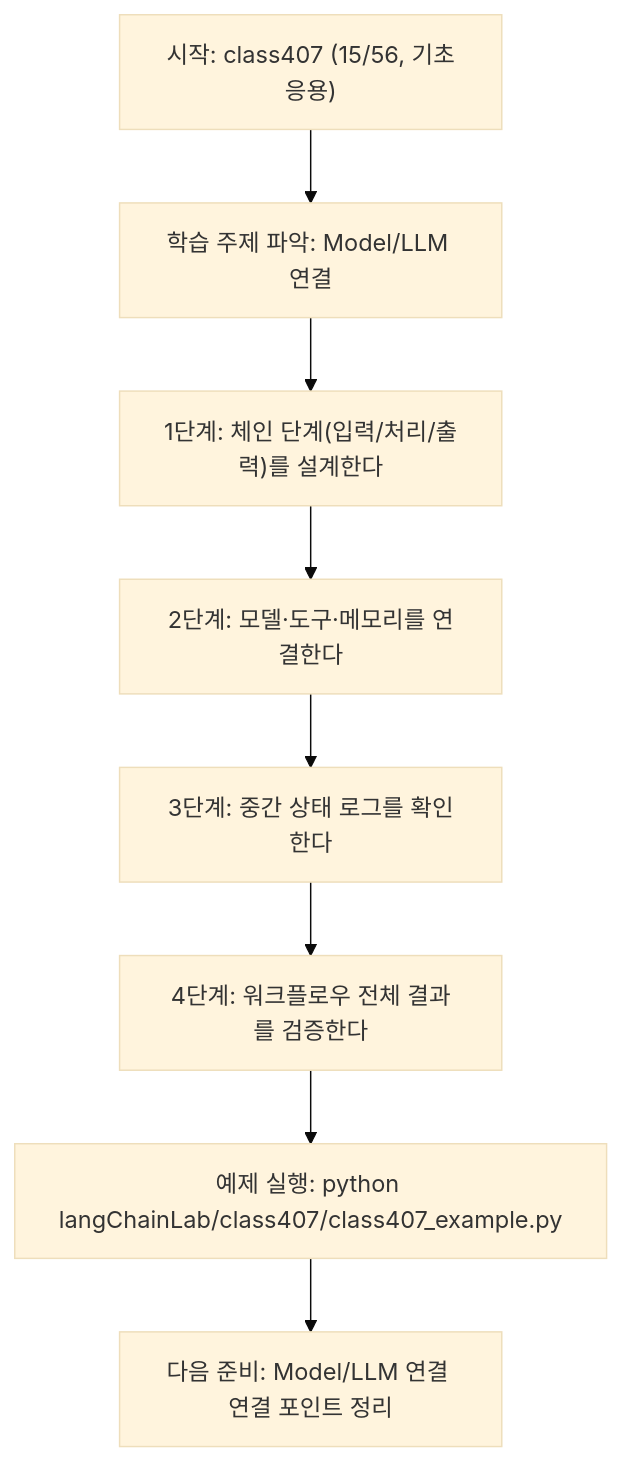
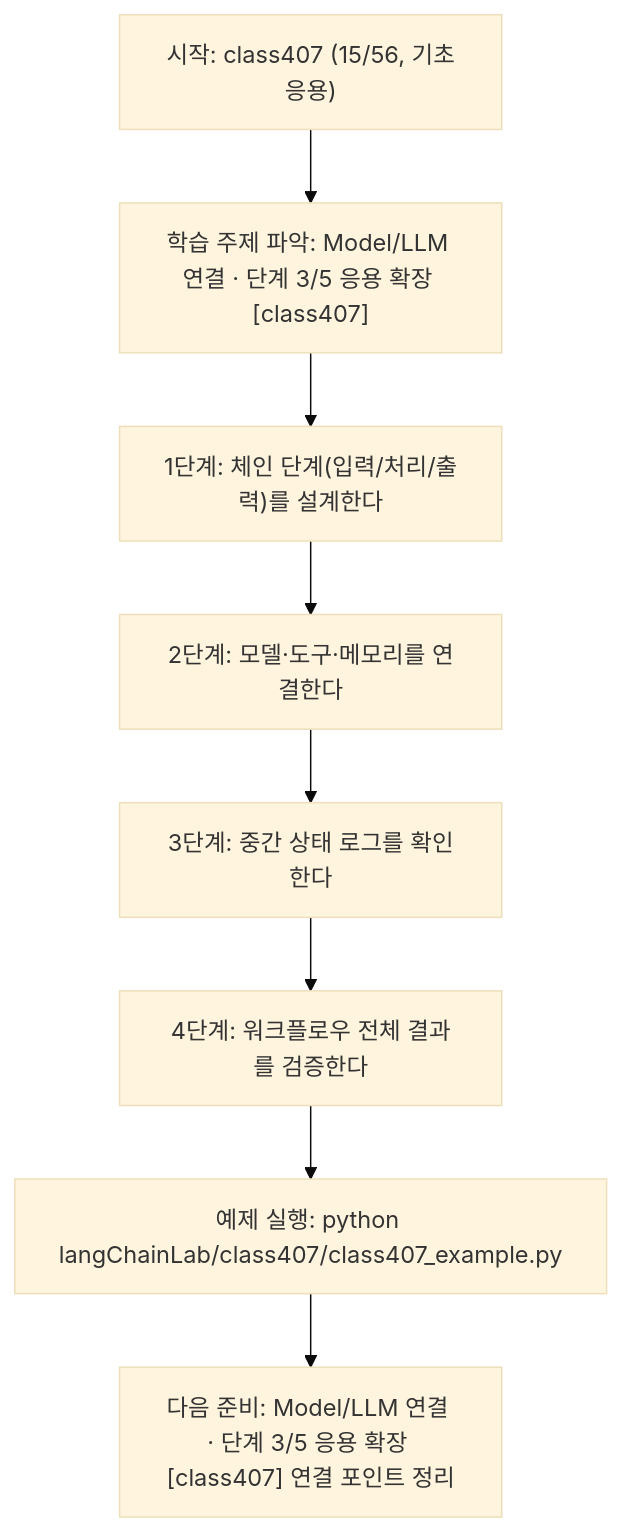
The diagram in langChainLab/class407/class407.md (edumgt/Python-AI_Agent-Class), drawn with Mermaid (base theme) before and after one commit. The commit also changed other lines of this file and 522 other files, not shown here.

````diff
--- a/langChainLab/class407/class407.md
+++ b/langChainLab/class407/class407.md
@@ -109,18 +110,18 @@
 ```mermaid
 flowchart TD
 N1["시작: class407 (15/56, 기초응용)"]
-N2["학습 주제 파악: Model/LLM 연결"]
+N2["학습 주제 파악: Model/LLM 연결 · 단계 3/5 응용 확장 [class407]"]
 N3["1단계: 체인 단계(입력/처리/출력)를 설계한다"]
 N4["2단계: 모델·도구·메모리를 연결한다"]
 N5["3단계: 중간 상태 로그를 확인한다"]
 N6["4단계: 워크플로우 전체 결과를 검증한다"]
 N7["예제 실행: python langChainLab/class407/class407_example.py"]
-N8["다음 준비: Model/LLM 연결 연결 포인트 정리"]
+N8["다음 준비: Model/LLM 연결 · 단계 3/5 응용 확장 [class407] 연결 포인트 정리"]
 N1 --> N2
 N2 --> N3
 N3 --> N4
 N4 --> N5
 N5 --> N6
 N6 --> N7
 N7 --> N8
 ```
````
